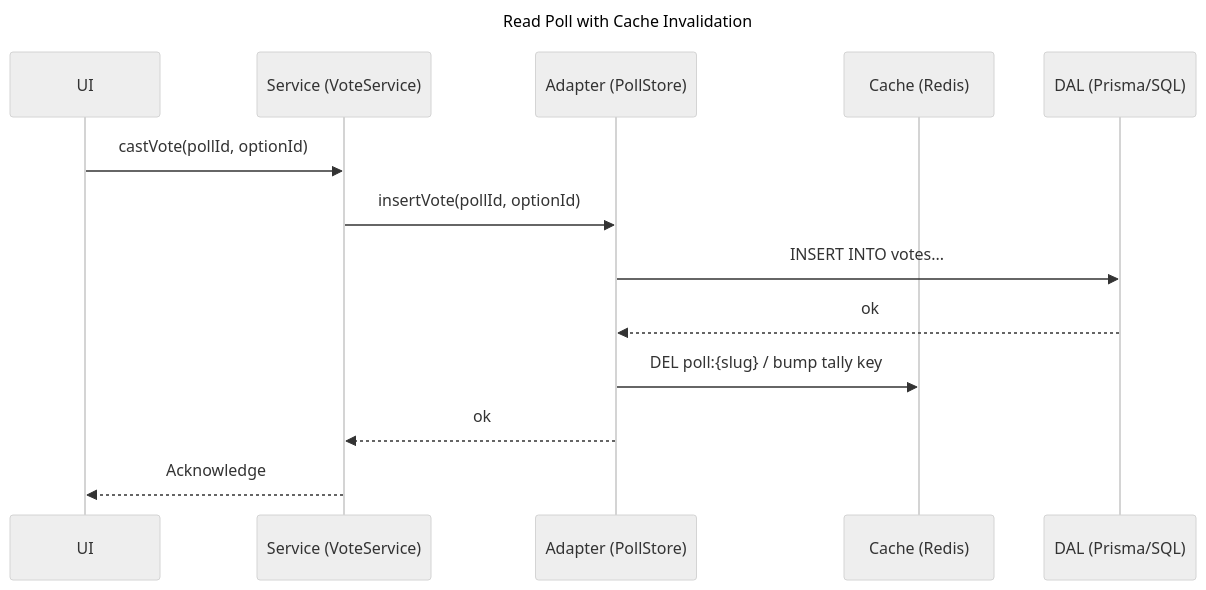
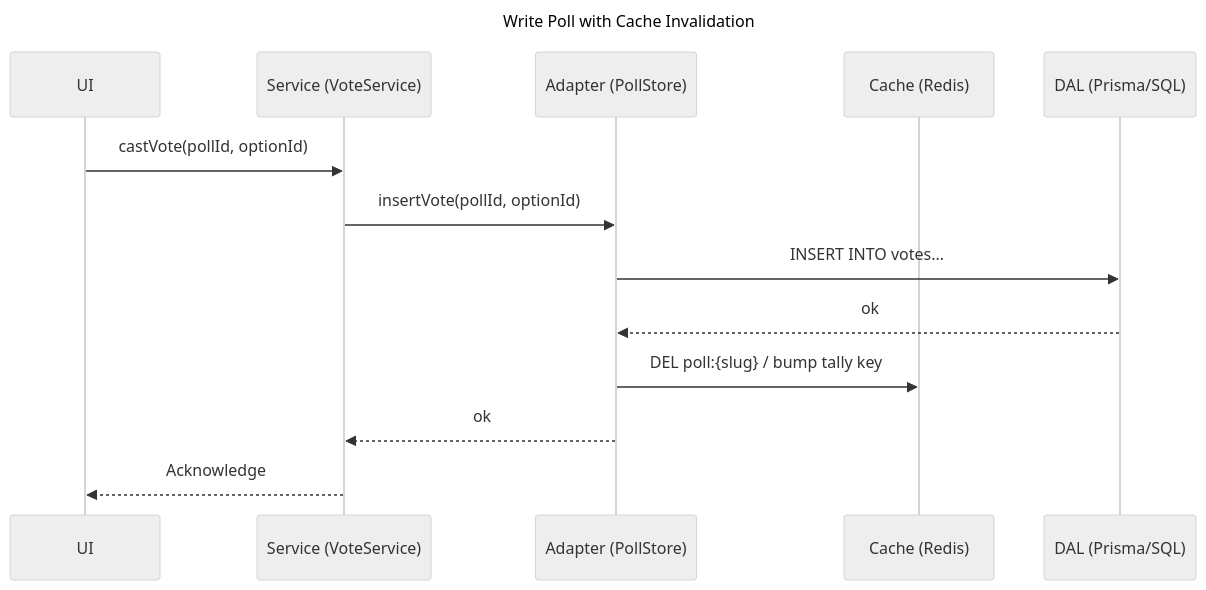
Before and after one commit to sandbox-as-a-service/docs: the third of 3 diagrams in fetch-poll-sequence.md, drawn with Mermaid.

````diff
--- a/fetch-poll-sequence.md
+++ b/fetch-poll-sequence.md
@@ -50,24 +50,24 @@
 ```mermaid
 ---
-title: Read Poll with Cache Invalidation
+title: Write Poll with Cache Invalidation
 config:
   theme: neutral
 ---
 
 sequenceDiagram
     participant UI as UI
     participant S as Service (VoteService)
     participant PS as Adapter (PollStore)
     participant C as Cache (Redis)
     participant DB as DAL (Prisma/SQL)
 
     UI->>S: castVote(pollId, optionId)
     S->>PS: insertVote(pollId, optionId)
     PS->>DB: INSERT INTO votes...
     DB-->>PS: ok
     PS->>C: DEL poll:{slug} / bump tally key
     PS-->>S: ok
     S-->>UI: Acknowledge
 
 
 ```
````
